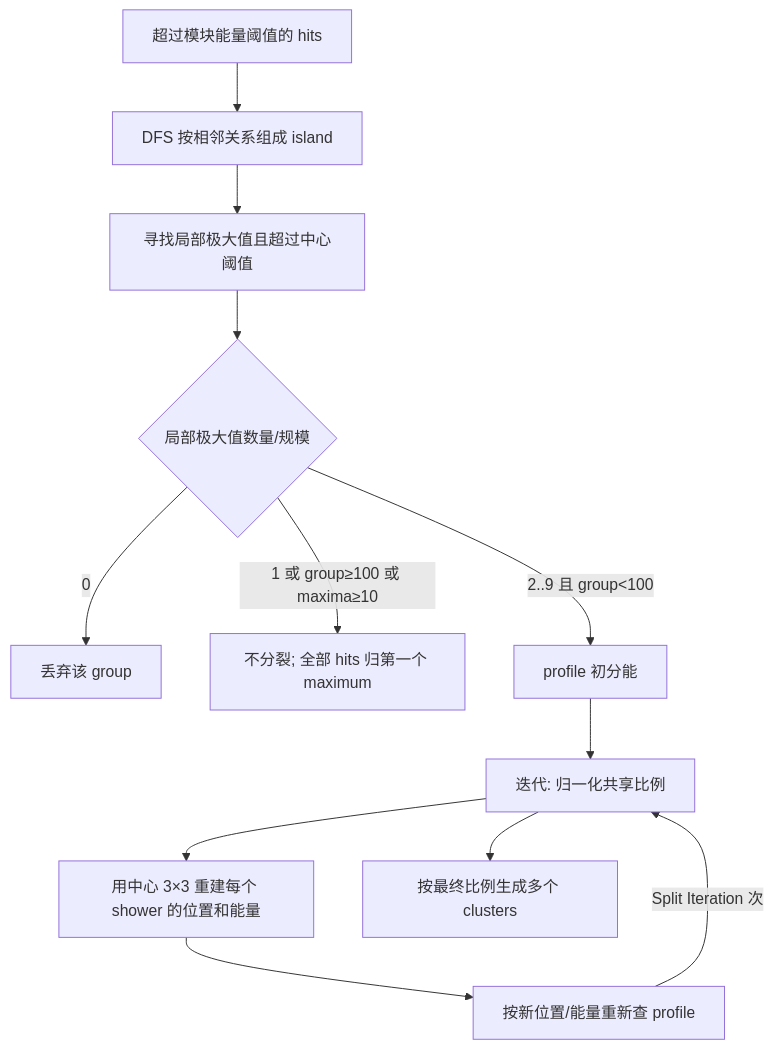
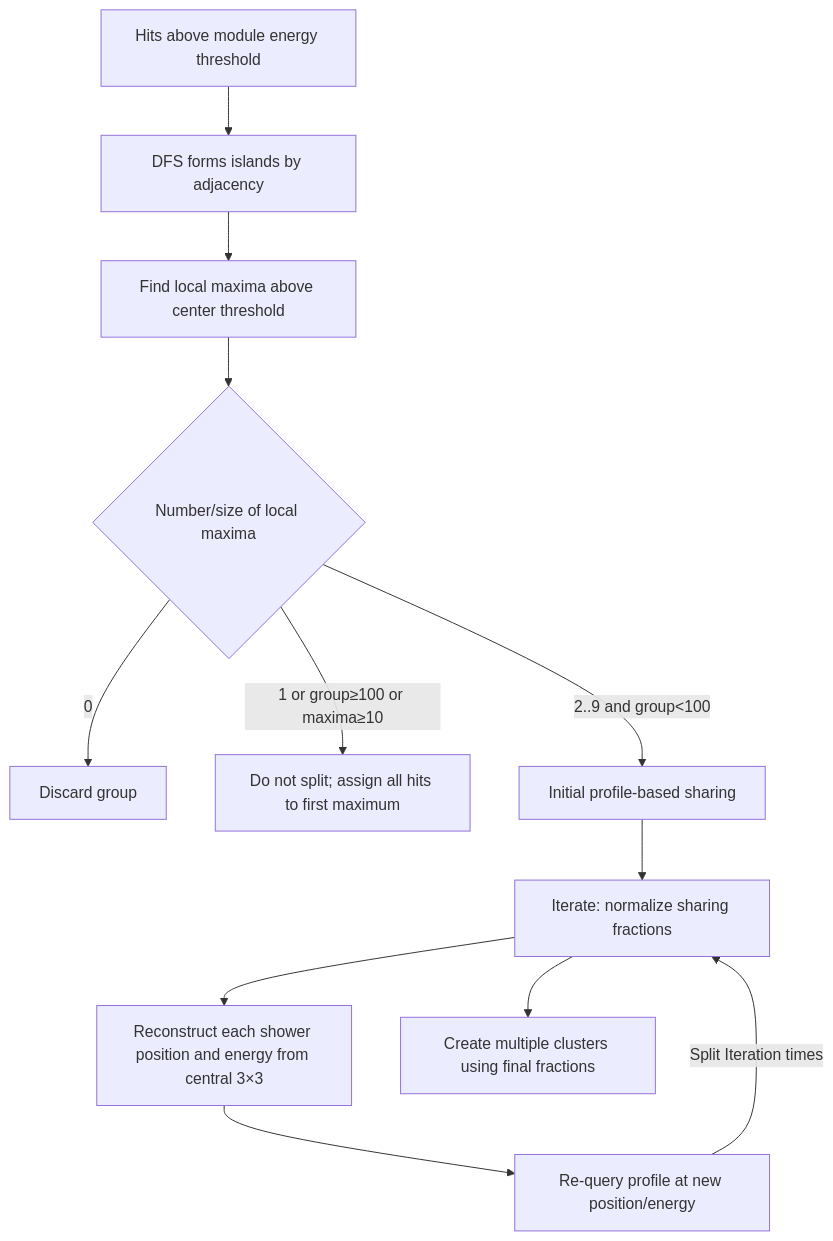
The second of 2 diagrams in docs/technical_notes/prad1_shower_profile.md (Chao1009/prad2evviewer), drawn with Mermaid before and after one commit. The commit also changed other lines of this file and 1 other file, not shown here.

````diff
--- a/docs/technical_notes/prad1_shower_profile.md
+++ b/docs/technical_notes/prad1_shower_profile.md
@@ -287,14 +287,14 @@
 ```mermaid
 flowchart TD
-    A[超过模块能量阈值的 hits] --> B[DFS 按相邻关系组成 island]
-    B --> C[寻找局部极大值且超过中心阈值]
-    C --> D{局部极大值数量/规模}
-    D -->|0| E[丢弃该 group]
-    D -->|1 或 group≥100 或 maxima≥10| F[不分裂; 全部 hits 归第一个 maximum]
-    D -->|2..9 且 group<100| G[profile 初分能]
-    G --> H[迭代: 归一化共享比例]
-    H --> I[用中心 3×3 重建每个 shower 的位置和能量]
-    I --> J[按新位置/能量重新查 profile]
-    J -->|Split Iteration 次| H
-    H --> K[按最终比例生成多个 clusters]
+    A[Hits above module energy threshold] --> B[DFS forms islands by adjacency]
+    B --> C[Find local maxima above center threshold]
+    C --> D{Number/size of local maxima}
+    D -->|0| E[Discard group]
+    D -->|1 or group≥100 or maxima≥10| F[Do not split; assign all hits to first maximum]
+    D -->|2..9 and group<100| G[Initial profile-based sharing]
+    G --> H[Iterate: normalize sharing fractions]
+    H --> I[Reconstruct each shower position and energy from central 3×3]
+    I --> J[Re-query profile at new position/energy]
+    J -->|Split Iteration times| H
+    H --> K[Create multiple clusters using final fractions]
 ```
````
